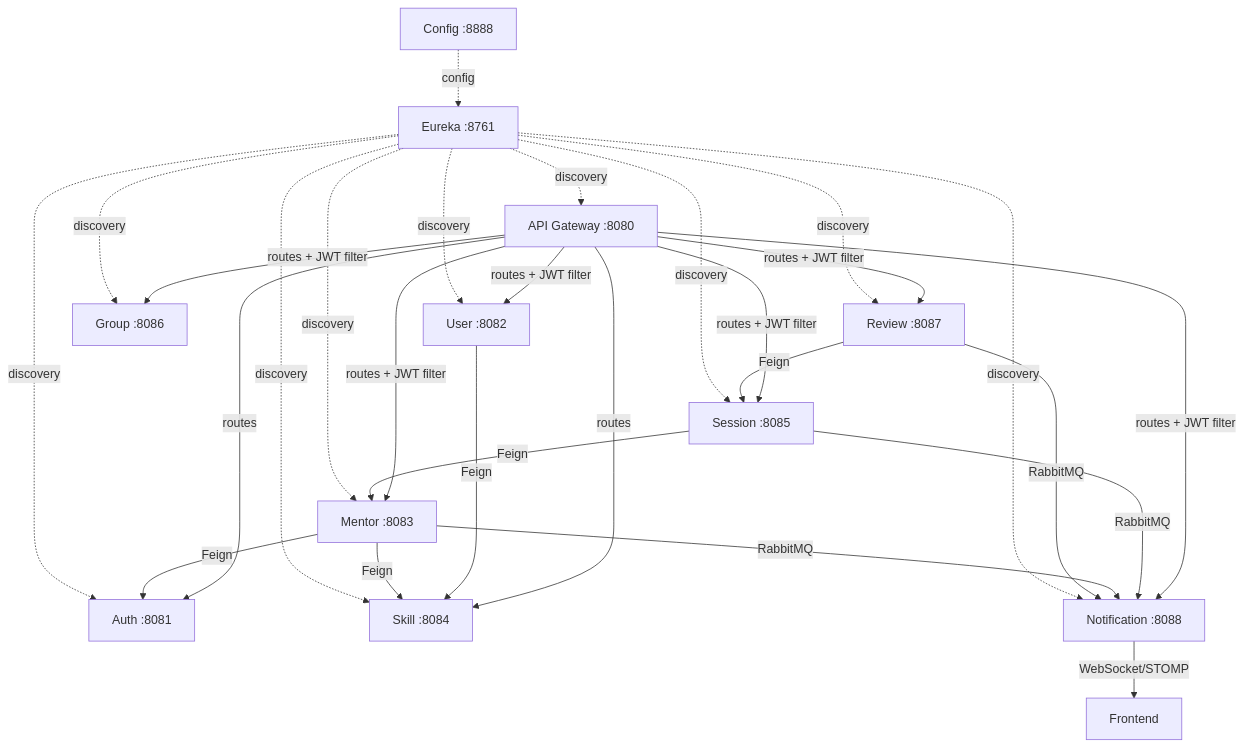
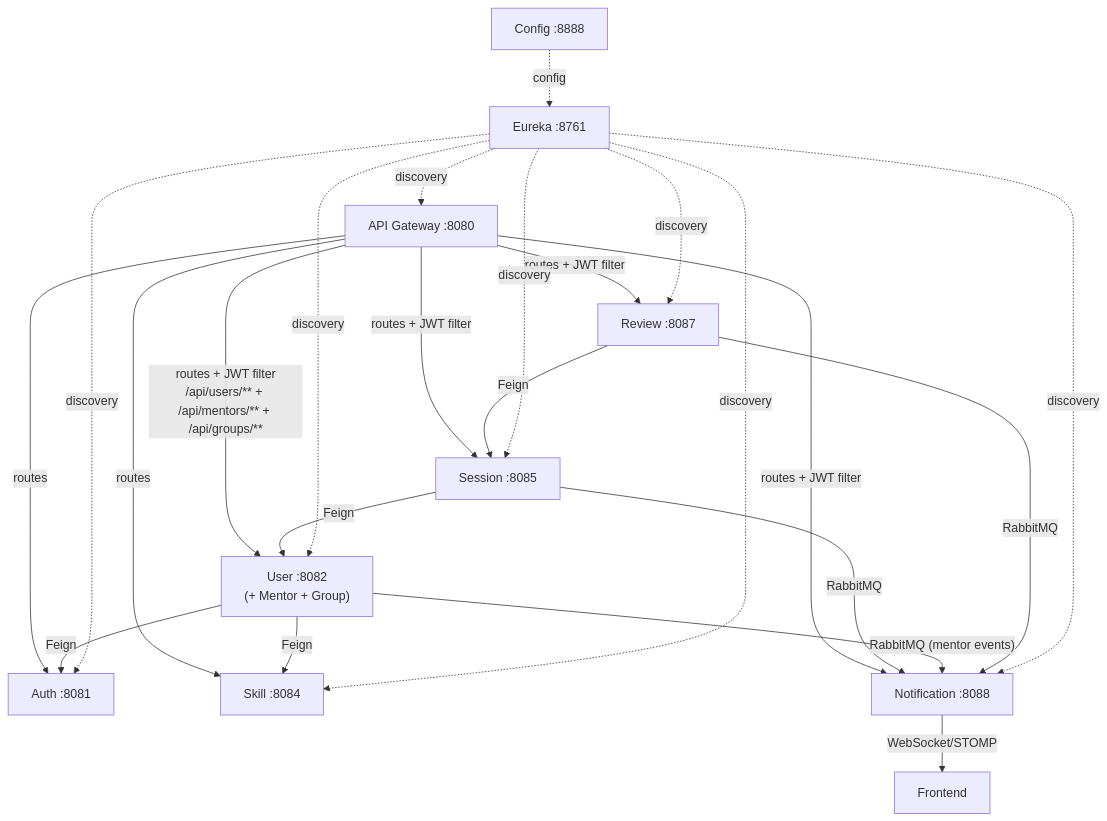
Before and after one commit to Anjan-Kumar-Sahoo/SkillSync: the diagram in docs/service_architecture_summary.md, drawn with Mermaid. The commit also changed other lines of this file and 87 other files, not shown here.

````diff
--- a/docs/service_architecture_summary.md
+++ b/docs/service_architecture_summary.md
@@ -40,34 +42,29 @@
 ```mermaid
 graph TD
-    GW[API Gateway :8080] -->|routes| AUTH[Auth :8081]
-    GW -->|routes + JWT filter| USER[User :8082]
-    GW -->|routes + JWT filter| MENTOR[Mentor :8083]
-    GW -->|routes| SKILL[Skill :8084]
-    GW -->|routes + JWT filter| SESSION[Session :8085]
-    GW -->|routes + JWT filter| GROUP[Group :8086]
-    GW -->|routes + JWT filter| REVIEW[Review :8087]
-    GW -->|routes + JWT filter| NOTIF[Notification :8088]
+    GW["API Gateway :8080"] -->|routes| AUTH["Auth :8081"]
+    GW -->|"routes + JWT filter<br>/api/users/** + /api/mentors/** + /api/groups/**"| USER["User :8082<br>(+ Mentor + Group)"]
+    GW -->|routes| SKILL["Skill :8084"]
+    GW -->|"routes + JWT filter"| SESSION["Session :8085"]
+    GW -->|"routes + JWT filter"| REVIEW["Review :8087"]
+    GW -->|"routes + JWT filter"| NOTIF["Notification :8088"]
     
     USER -->|Feign| SKILL
-    MENTOR -->|Feign| AUTH
-    MENTOR -->|Feign| SKILL
-    SESSION -->|Feign| MENTOR
+    USER -->|Feign| AUTH
+    SESSION -->|Feign| USER
     REVIEW -->|Feign| SESSION
     
     SESSION -->|RabbitMQ| NOTIF
-    MENTOR -->|RabbitMQ| NOTIF
+    USER -->|"RabbitMQ (mentor events)"| NOTIF
     REVIEW -->|RabbitMQ| NOTIF
     
-    NOTIF -->|WebSocket/STOMP| CLIENT[Frontend]
+    NOTIF -->|"WebSocket/STOMP"| CLIENT[Frontend]
     
-    EUREKA[Eureka :8761] -.->|discovery| GW
+    EUREKA["Eureka :8761"] -.->|discovery| GW
     EUREKA -.->|discovery| AUTH
     EUREKA -.->|discovery| USER
-    EUREKA -.->|discovery| MENTOR
     EUREKA -.->|discovery| SKILL
     EUREKA -.->|discovery| SESSION
-    EUREKA -.->|discovery| GROUP
     EUREKA -.->|discovery| REVIEW
     EUREKA -.->|discovery| NOTIF
-    CONFIG[Config :8888] -.->|config| EUREKA
+    CONFIG["Config :8888"] -.->|config| EUREKA
 ```
````
